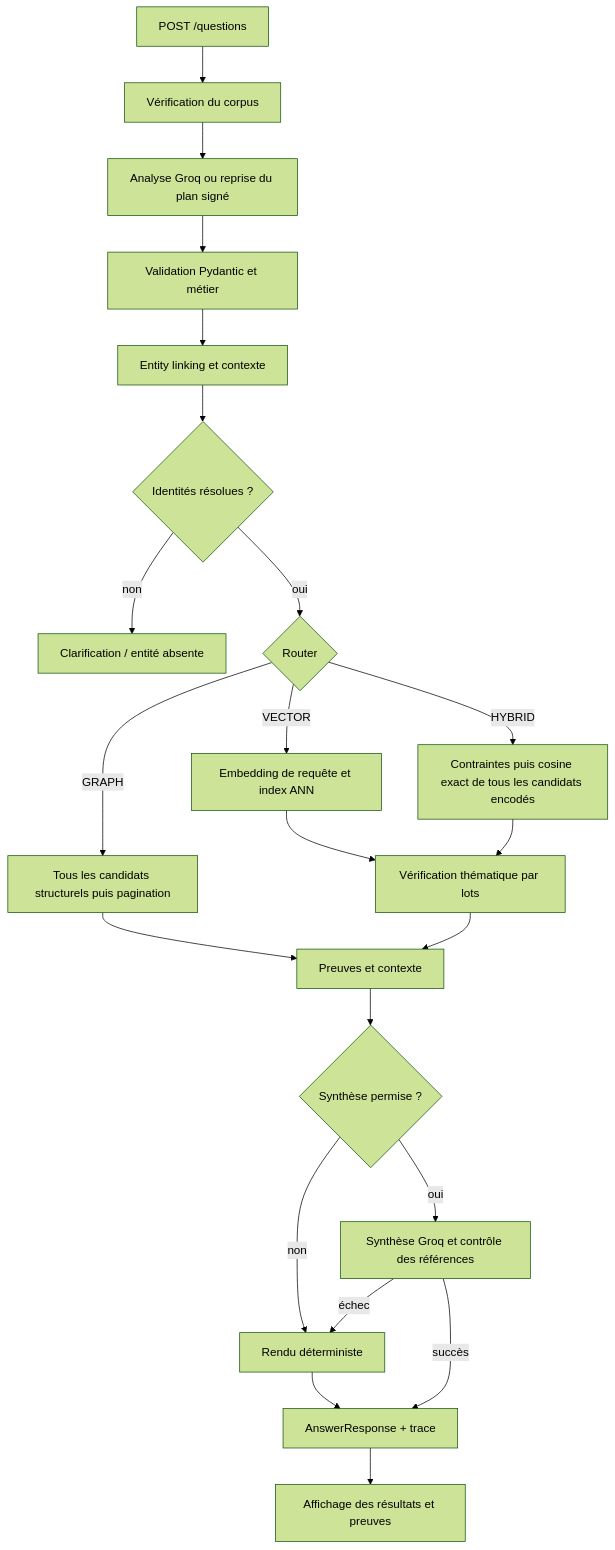
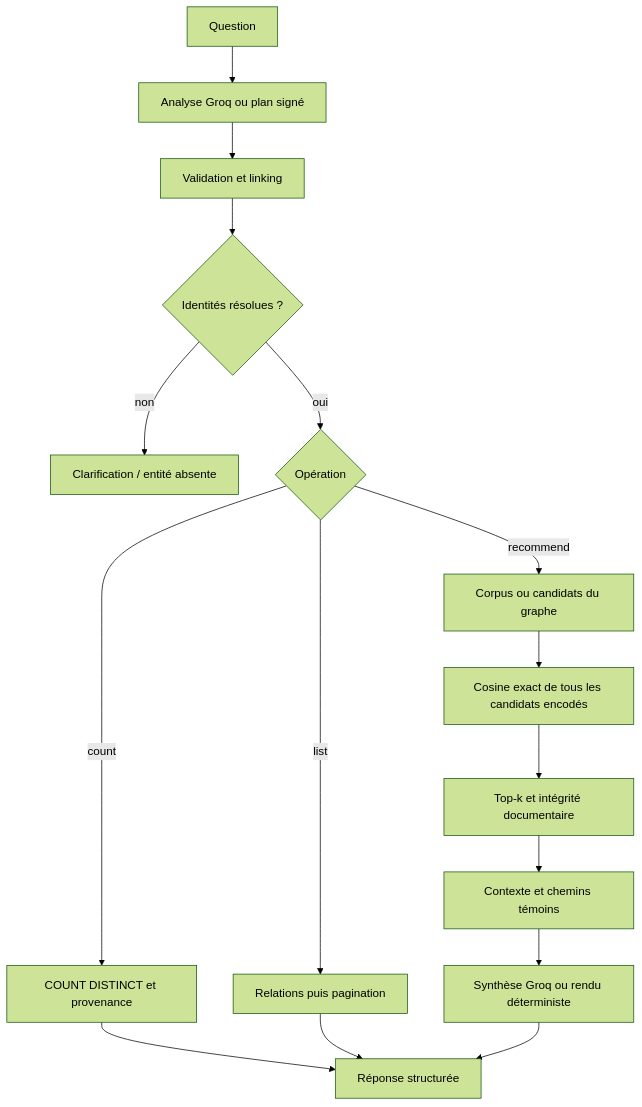
The fourth of 4 diagrams in docs/architecture_complete_soutenance.md (Styyde/Movie-GraphRag-), drawn with Mermaid (forest theme) before and after one commit. The commit also changed other lines of this file and 9 other files, not shown here.

Commit message:
updating frontend and architecture documentation

````diff
--- a/docs/architecture_complete_soutenance.md
+++ b/docs/architecture_complete_soutenance.md
@@ -572,24 +262,18 @@
-```mermaid
+~~~mermaid
 flowchart TD
-    Q["POST /questions"] --> S["Vérification du corpus"]
-    S --> A["Analyse Groq ou reprise du plan signé"]
-    A --> V["Validation Pydantic et métier"]
-    V --> L["Entity linking et contexte"]
-    L --> E{"Identités résolues ?"}
+    Q["Question"] --> A["Analyse Groq ou plan signé"]
+    A --> V["Validation et linking"]
+    V --> E{"Identités résolues ?"}
     E -- non --> C["Clarification / entité absente"]
-    E -- oui --> R{"Router"}
-    R -- GRAPH --> G["Tous les candidats structurels puis pagination"]
-    R -- VECTOR --> N["Embedding de requête et index ANN"]
-    R -- HYBRID --> H["Contraintes puis cosine exact de tous les candidats encodés"]
-    N --> T["Vérification thématique par lots"]
-    H --> T
-    G --> P["Preuves et contexte"]
-    T --> P
-    P --> M{"Synthèse permise ?"}
-    M -- non --> D["Rendu déterministe"]
-    M -- oui --> F["Synthèse Groq et contrôle des références"]
-    F -- échec --> D
-    F -- succès --> O["AnswerResponse + trace"]
-    D --> O
-    O --> W["Affichage des résultats et preuves"]
-```
+    E -- oui --> R{"Opération"}
+    R -- count --> N["COUNT DISTINCT et provenance"]
+    R -- list --> G["Relations puis pagination"]
+    R -- recommend --> H["Corpus ou candidats du graphe"]
+    H --> S["Cosine exact de tous les candidats encodés"]
+    S --> K["Top-k et intégrité documentaire"]
+    K --> CT["Contexte et chemins témoins"]
+    CT --> L["Synthèse Groq ou rendu déterministe"]
+    N --> O["Réponse structurée"]
+    G --> O
+    L --> O
+~~~
````
